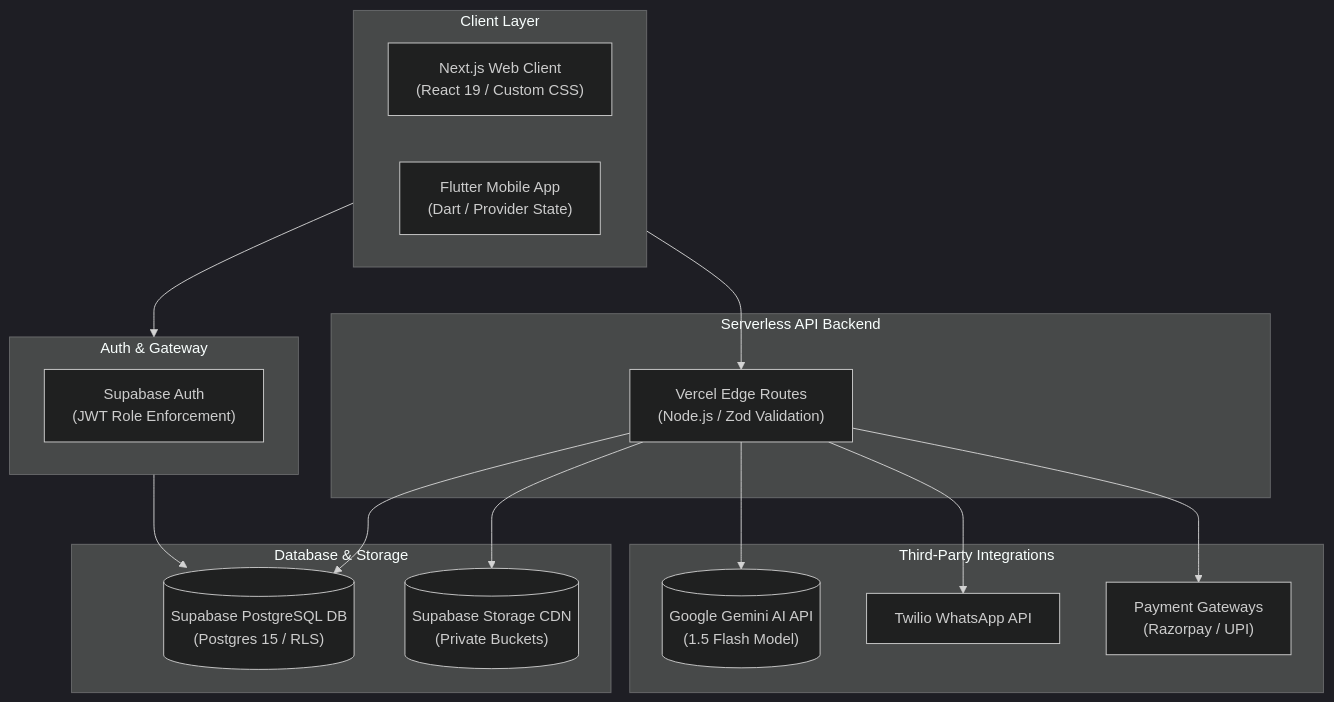
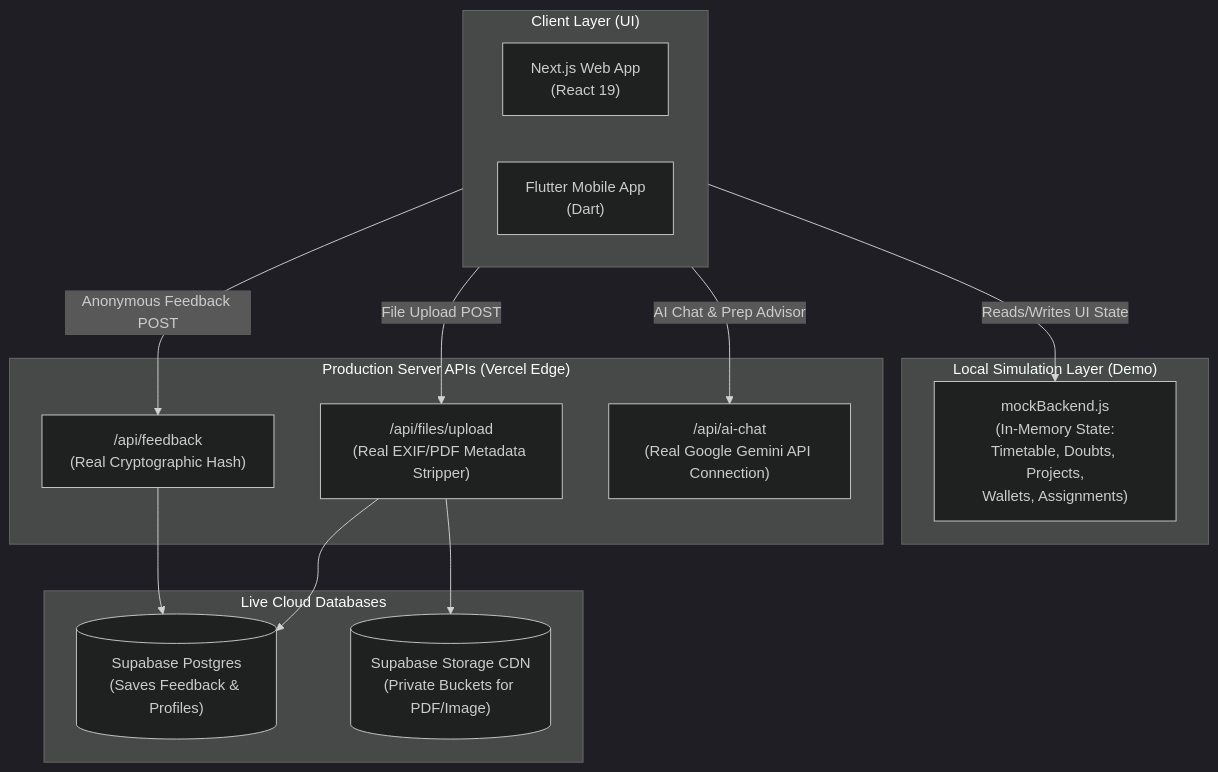
The diagram in newarch.md (bharathkumar000/cp), drawn with Mermaid (dark theme) before and after one commit. The commit also changed other lines of this file, not shown here.

Commit message:
docs: correct newarch.md to reflect true hybrid mock-live architecture

````diff
--- a/newarch.md
+++ b/newarch.md
@@ -9,36 +9,33 @@
 ```mermaid
 flowchart TD
-    subgraph Clients ["Client Layer"]
-        Web["Next.js Web Client\n(React 19 / Custom CSS)"]
-        Mobile["Flutter Mobile App\n(Dart / Provider State)"]
+    subgraph Clients ["Client Layer (UI)"]
+        Web["Next.js Web App\n(React 19)"]
+        Mobile["Flutter Mobile App\n(Dart)"]
     end
 
-    subgraph Gateway ["Auth & Gateway"]
-        SupabaseAuth["Supabase Auth\n(JWT Role Enforcement)"]
+    subgraph MockData ["Local Simulation Layer (Demo)"]
+        MockDB["mockBackend.js\n(In-Memory State:\nTimetable, Doubts, Projects,\nWallets, Assignments)"]
     end
 
-    subgraph AppServer ["Serverless API Backend"]
-        VercelAPI["Vercel Edge Routes\n(Node.js / Zod Validation)"]
+    subgraph LiveAPI ["Production Server APIs (Vercel Edge)"]
+        FeedbackAPI["/api/feedback\n(Real Cryptographic Hash)"]
+        UploadAPI["/api/files/upload\n(Real EXIF/PDF Metadata Stripper)"]
+        AIAPI["/api/ai-chat\n(Real Google Gemini API Connection)"]
     end
 
-    subgraph CloudServices ["Database & Storage"]
-        Postgres[("Supabase PostgreSQL DB\n(Postgres 15 / RLS)")]
-        CDN[("Supabase Storage CDN\n(Private Buckets)")]
+    subgraph Cloud ["Live Cloud Databases"]
+        SupaDB[("Supabase Postgres\n(Saves Feedback & Profiles)")]
+        SupaStorage[("Supabase Storage CDN\n(Private Buckets for PDF/Image)")]
     end
 
-    subgraph ExternalAPIs ["Third-Party Integrations"]
-        Gemini[("Google Gemini AI API\n(1.5 Flash Model)")]
-        Twilio["Twilio WhatsApp API"]
-        Payments["Payment Gateways\n(Razorpay / UPI)"]
-    end
+    %% Routing Flow
+    Clients -->|Reads/Writes UI State| MockDB
+    Clients -->|Anonymous Feedback POST| FeedbackAPI
+    Clients -->|File Upload POST| UploadAPI
+    Clients -->|AI Chat & Prep Advisor| AIAPI
 
-    %% Flow Connections
-    Clients --> Gateway
-    Gateway --> Postgres
-    Clients --> VercelAPI
-    VercelAPI --> Postgres
-    VercelAPI --> CDN
-    VercelAPI --> Gemini
-    VercelAPI --> Twilio
-    VercelAPI --> Payments
+    %% Cloud Storage Links
+    FeedbackAPI --> SupaDB
+    UploadAPI --> SupaStorage
+    UploadAPI --> SupaDB
 ```
````
